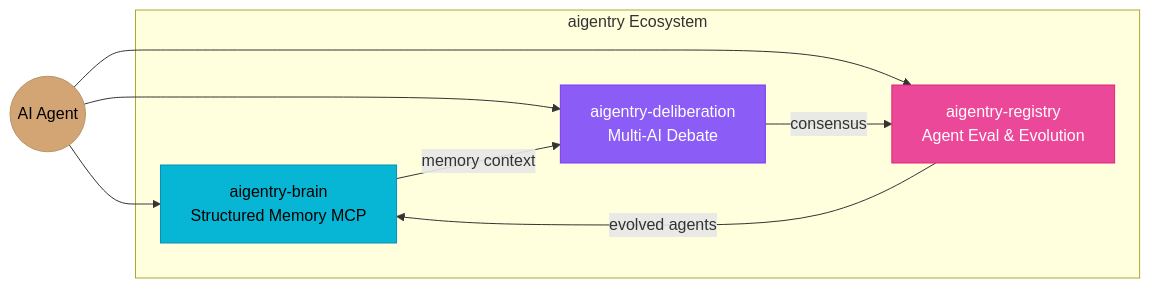
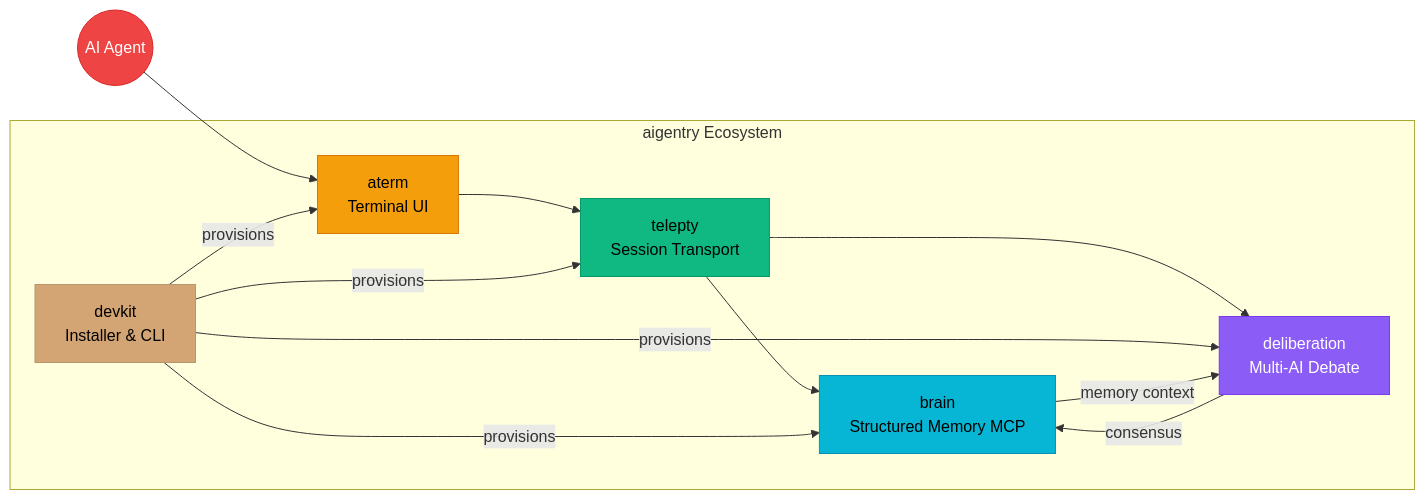
One commit to dmsdc-ai/aigentry changed the diagram in README.md. Above: the diagram before and after it, drawn with Mermaid. The commit also changed other lines of this file, not shown here.

First line of the commit message:
docs(readme): modernize positioning to ecosystem meta-installer

````diff
--- a/README.md
+++ b/README.md
@@ -20,20 +47,28 @@
 ```mermaid
 graph LR
     subgraph aigentry Ecosystem
-        B[aigentry-brain<br/>Structured Memory MCP]
-        D[aigentry-deliberation<br/>Multi-AI Debate]
-        R[aigentry-registry<br/>Agent Eval & Evolution]
+        A[aterm<br/>Terminal UI]
+        T[telepty<br/>Session Transport]
+        K[devkit<br/>Installer & CLI]
+        B[brain<br/>Structured Memory MCP]
+        D[deliberation<br/>Multi-AI Debate]
     end
 
-    Agent((AI Agent)) --> B
-    Agent --> D
-    Agent --> R
+    Agent((AI Agent)) --> A
+    A --> T
+    T --> B
+    T --> D
+    K -->|provisions| A
+    K -->|provisions| T
+    K -->|provisions| B
+    K -->|provisions| D
     B -->|memory context| D
-    D -->|consensus| R
-    R -->|evolved agents| B
+    D -->|consensus| B
 
+    style A fill:#f59e0b,stroke:#d97706,color:#000
+    style T fill:#10b981,stroke:#059669,color:#000
+    style K fill:#d4a574,stroke:#b8956a,color:#000
     style B fill:#06b6d4,stroke:#0891b2,color:#000
     style D fill:#8b5cf6,stroke:#7c3aed,color:#fff
-    style R fill:#ec4899,stroke:#db2777,color:#fff
-    style Agent fill:#d4a574,stroke:#b8956a,color:#000
+    style Agent fill:#ef4444,stroke:#dc2626,color:#fff
 ```
````
